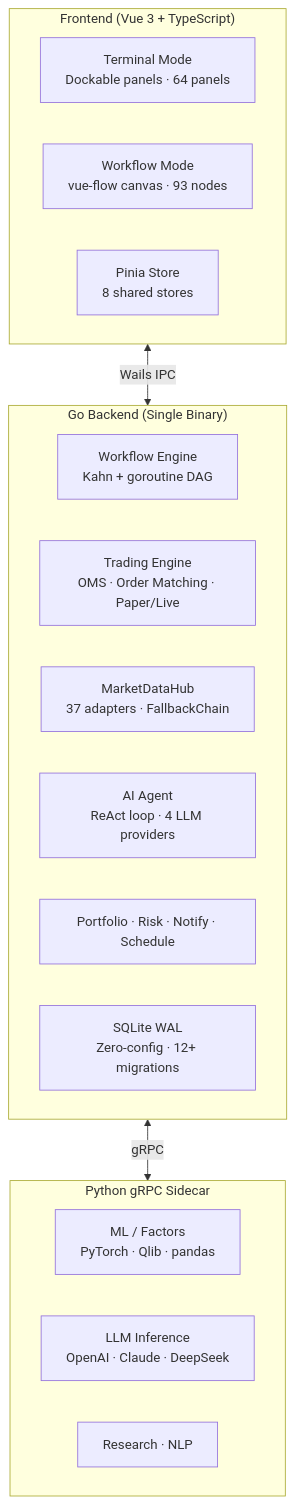
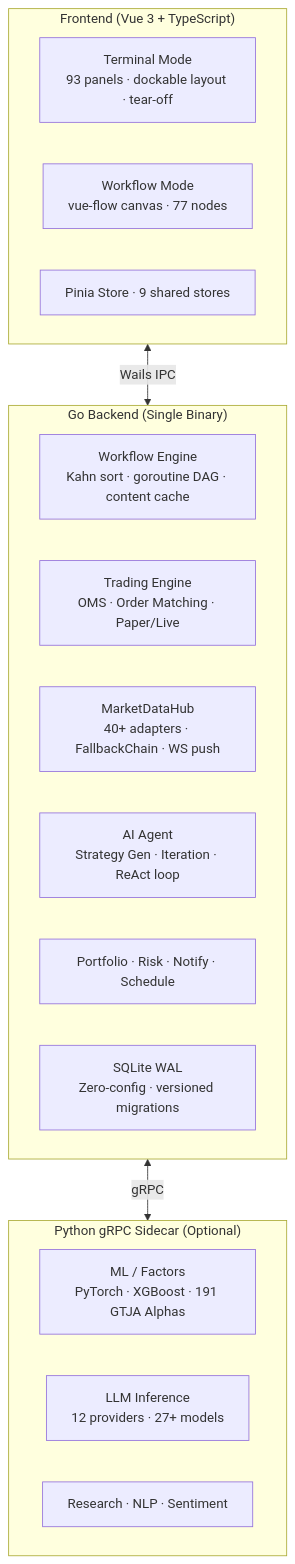
One commit to SZWzz/QuantFlow changed the diagram in README.en.md. Above: the diagram before and after it, drawn with Mermaid. The commit also changed other lines of this file and 109 other files, not shown here.

````diff
--- a/README.en.md
+++ b/README.en.md
@@ -39,26 +94,26 @@
 ```mermaid
 graph TB
     subgraph FE["Frontend (Vue 3 + TypeScript)"]
-        TM["Terminal Mode<br/>Dockable panels · 64 panels"]
-        WM["Workflow Mode<br/>vue-flow canvas · 93 nodes"]
-        PS["Pinia Store<br/>8 shared stores"]
+        TM["Terminal Mode<br/>93 panels · dockable layout · tear-off"]
+        WM["Workflow Mode<br/>vue-flow canvas · 77 nodes"]
+        PS["Pinia Store · 9 shared stores"]
     end
 
     subgraph BE["Go Backend (Single Binary)"]
-        WE["Workflow Engine<br/>Kahn + goroutine DAG"]
+        WE["Workflow Engine<br/>Kahn sort · goroutine DAG · content cache"]
         TE["Trading Engine<br/>OMS · Order Matching · Paper/Live"]
-        MH["MarketDataHub<br/>37 adapters · FallbackChain"]
-        AI["AI Agent<br/>ReAct loop · 4 LLM providers"]
+        MH["MarketDataHub<br/>40+ adapters · FallbackChain · WS push"]
+        AI["AI Agent<br/>Strategy Gen · Iteration · ReAct loop"]
         PR["Portfolio · Risk · Notify · Schedule"]
-        ST["SQLite WAL<br/>Zero-config · 12+ migrations"]
+        ST["SQLite WAL<br/>Zero-config · versioned migrations"]
     end
 
-    subgraph PY["Python gRPC Sidecar"]
-        ML["ML / Factors<br/>PyTorch · Qlib · pandas"]
-        LLM["LLM Inference<br/>OpenAI · Claude · DeepSeek"]
-        NL["Research · NLP"]
+    subgraph PY["Python gRPC Sidecar (Optional)"]
+        ML["ML / Factors<br/>PyTorch · XGBoost · 191 GTJA Alphas"]
+        LLM["LLM Inference<br/>12 providers · 27+ models"]
+        NL["Research · NLP · Sentiment"]
     end
 
     FE <-->|Wails IPC| BE
     BE <-->|gRPC| PY
 ```
````
